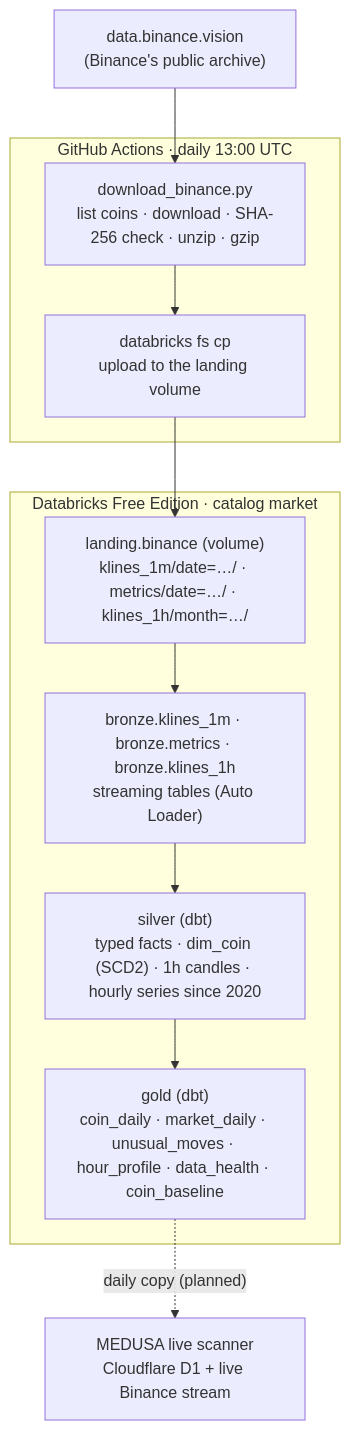
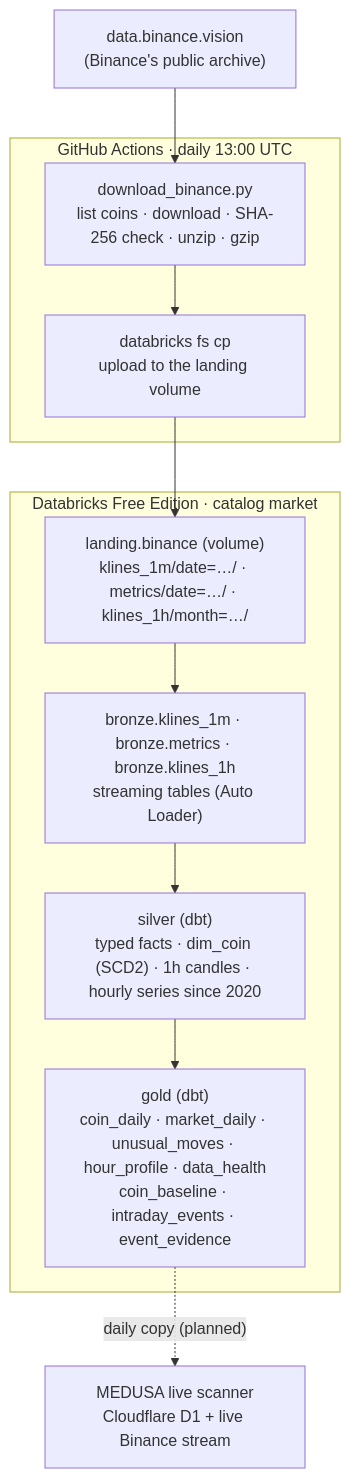
The diagram in lakehouse/docs/architecture.md (shivam65-sketch/medusa), drawn with Mermaid before and after one commit. The commit also changed other lines of this file and 11 other files, not shown here.

Commit message:
Docs: step 22 (evidence), ADR-022, glossary, updated diagrams

````diff
--- a/lakehouse/docs/architecture.md
+++ b/lakehouse/docs/architecture.md
@@ -13,18 +13,18 @@
 ```mermaid
 flowchart TB
   subgraph GH["GitHub Actions · daily 13:00 UTC"]
     D1["download_binance.py<br>list coins · download · SHA-256 check · unzip · gzip"]
     D2["databricks fs cp<br>upload to the landing volume"]
     D1 --> D2
   end
   BIN["data.binance.vision<br>(Binance's public archive)"] --> D1
   subgraph DBX["Databricks Free Edition · catalog market"]
     L["landing.binance (volume)<br>klines_1m/date=…/ · metrics/date=…/ · klines_1h/month=…/"]
     BR["bronze.klines_1m · bronze.metrics · bronze.klines_1h<br>streaming tables (Auto Loader)"]
     SI["silver (dbt)<br>typed facts · dim_coin (SCD2) · 1h candles · hourly series since 2020"]
-    GO["gold (dbt)<br>coin_daily · market_daily · unusual_moves · hour_profile · data_health · coin_baseline"]
+    GO["gold (dbt)<br>coin_daily · market_daily · unusual_moves · hour_profile · data_health<br>coin_baseline · intraday_events · event_evidence"]
     L --> BR --> SI --> GO
   end
   D2 --> L
   GO -.->|"daily copy (planned)"| CF["MEDUSA live scanner<br>Cloudflare D1 + live Binance stream"]
 ```
````
